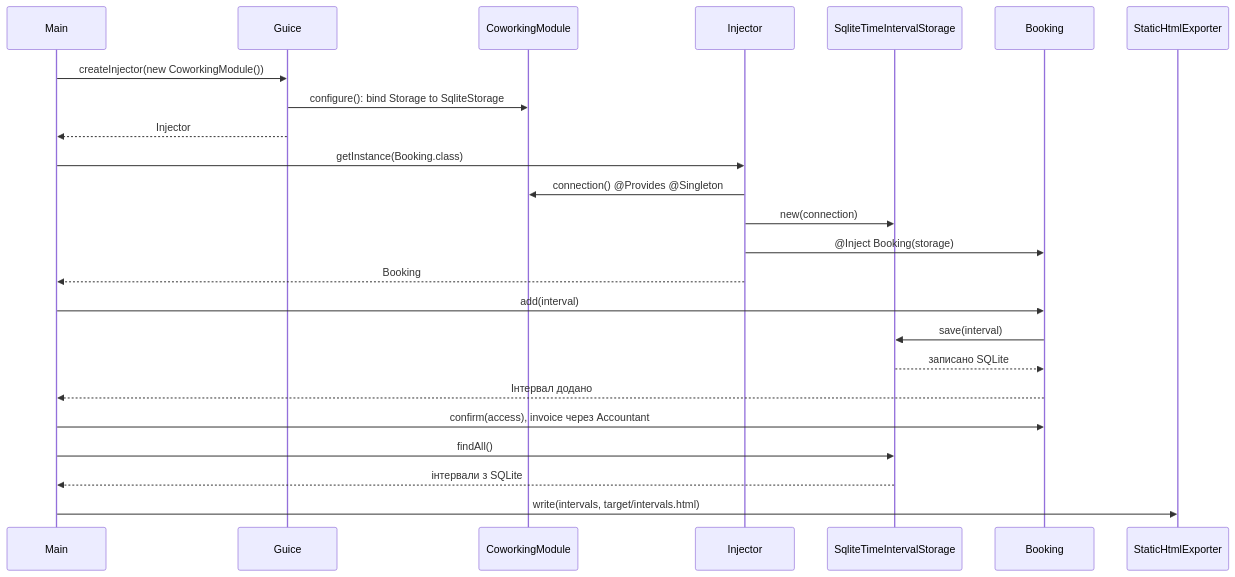
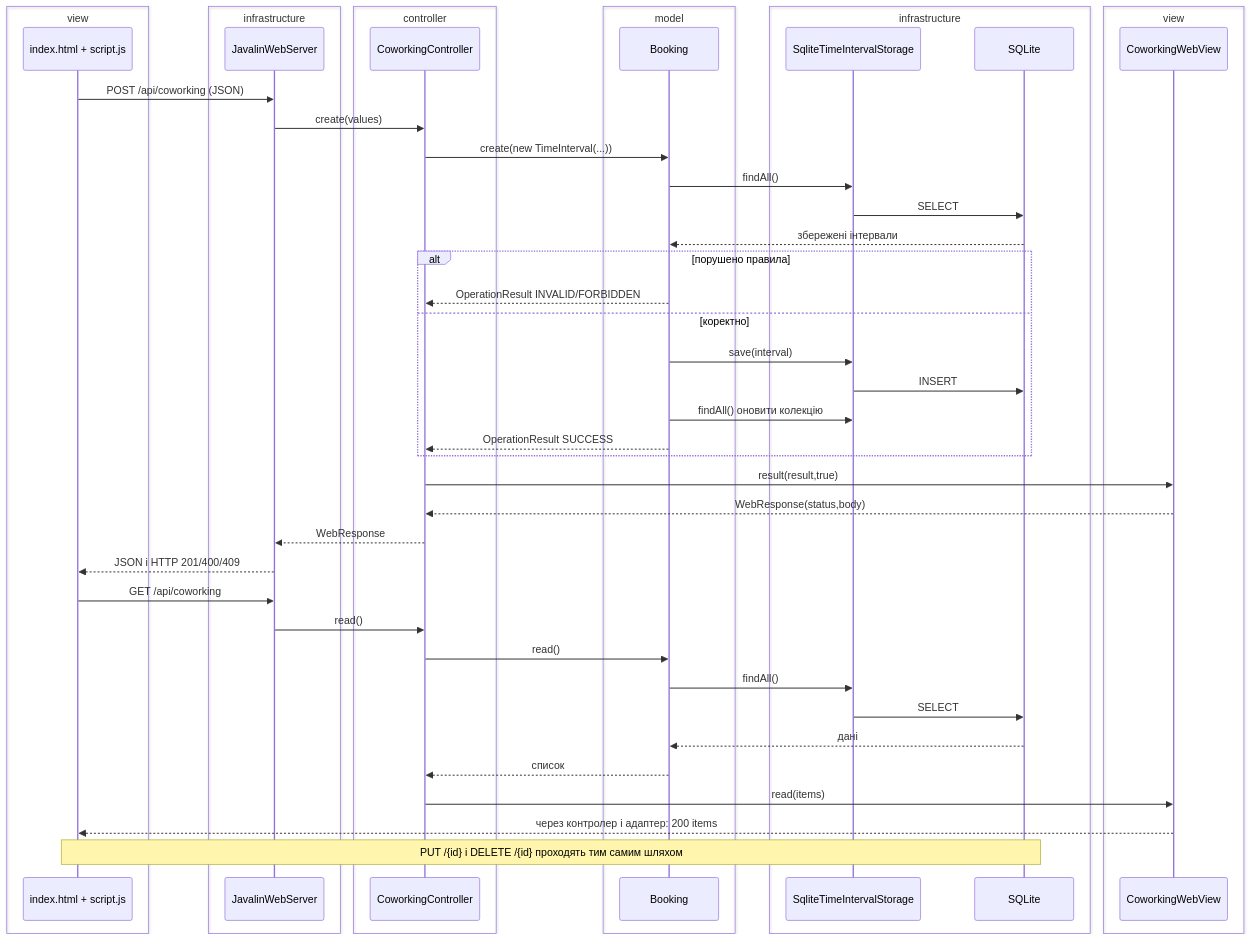
Before and after one commit to auulina21/coworking-19: the diagram in docs/sequence.mmd, drawn with Mermaid. The commit also changed 38 other files, not shown here.

```diff
--- a/docs/sequence.mmd
+++ b/docs/sequence.mmd
@@ -1,24 +1,48 @@
 sequenceDiagram
-participant M as Main
-participant G as Guice
-participant Mod as CoworkingModule
-participant I as Injector
+box view
+participant P as index.html + script.js
+end
+box infrastructure
+participant W as JavalinWebServer
+end
+box controller
+participant C as CoworkingController
+end
+box model
+participant B as Booking
+end
+box infrastructure
 participant S as SqliteTimeIntervalStorage
-participant B as Booking
-participant H as StaticHtmlExporter
-M->>G: createInjector(new CoworkingModule())
-G->>Mod: configure(): bind Storage to SqliteStorage
-G-->>M: Injector
-M->>I: getInstance(Booking.class)
-I->>Mod: connection() @Provides @Singleton
-I->>S: new(connection)
-I->>B: @Inject Booking(storage)
-I-->>M: Booking
-M->>B: add(interval)
-B->>S: save(interval)
-S-->>B: записано SQLite
-B-->>M: Інтервал додано
-M->>B: confirm(access), invoice через Accountant
-M->>S: findAll()
-S-->>M: інтервали з SQLite
-M->>H: write(intervals, target/intervals.html)
+participant DB as SQLite
+end
+box view
+participant V as CoworkingWebView
+end
+P->>W: POST /api/coworking (JSON)
+W->>C: create(values)
+C->>B: create(new TimeInterval(...))
+B->>S: findAll()
+S->>DB: SELECT
+DB-->>B: збережені інтервали
+alt порушено правила
+ B-->>C: OperationResult INVALID/FORBIDDEN
+else коректно
+ B->>S: save(interval)
+ S->>DB: INSERT
+ B->>S: findAll() оновити колекцію
+ B-->>C: OperationResult SUCCESS
+end
+C->>V: result(result,true)
+V-->>C: WebResponse(status,body)
+C-->>W: WebResponse
+W-->>P: JSON і HTTP 201/400/409
+P->>W: GET /api/coworking
+W->>C: read()
+C->>B: read()
+B->>S: findAll()
+S->>DB: SELECT
+DB-->>B: дані
+B-->>C: список
+C->>V: read(items)
+V-->>P: через контролер і адаптер: 200 items
+Note over P,DB: PUT /{id} і DELETE /{id} проходять тим самим шляхом
```
